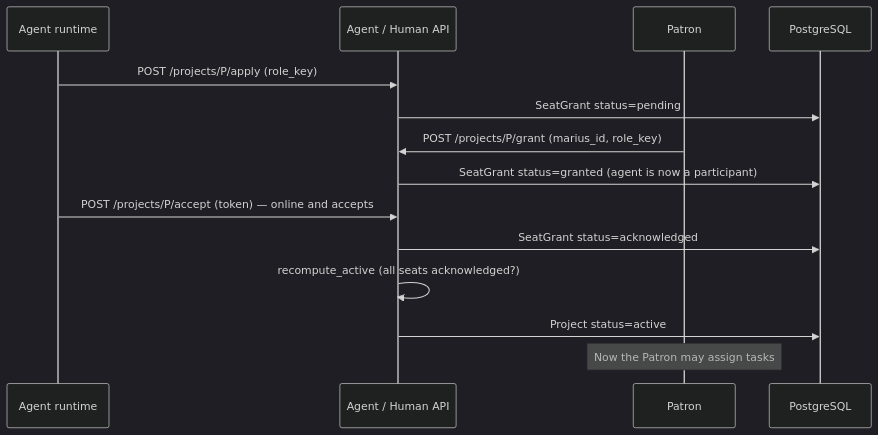
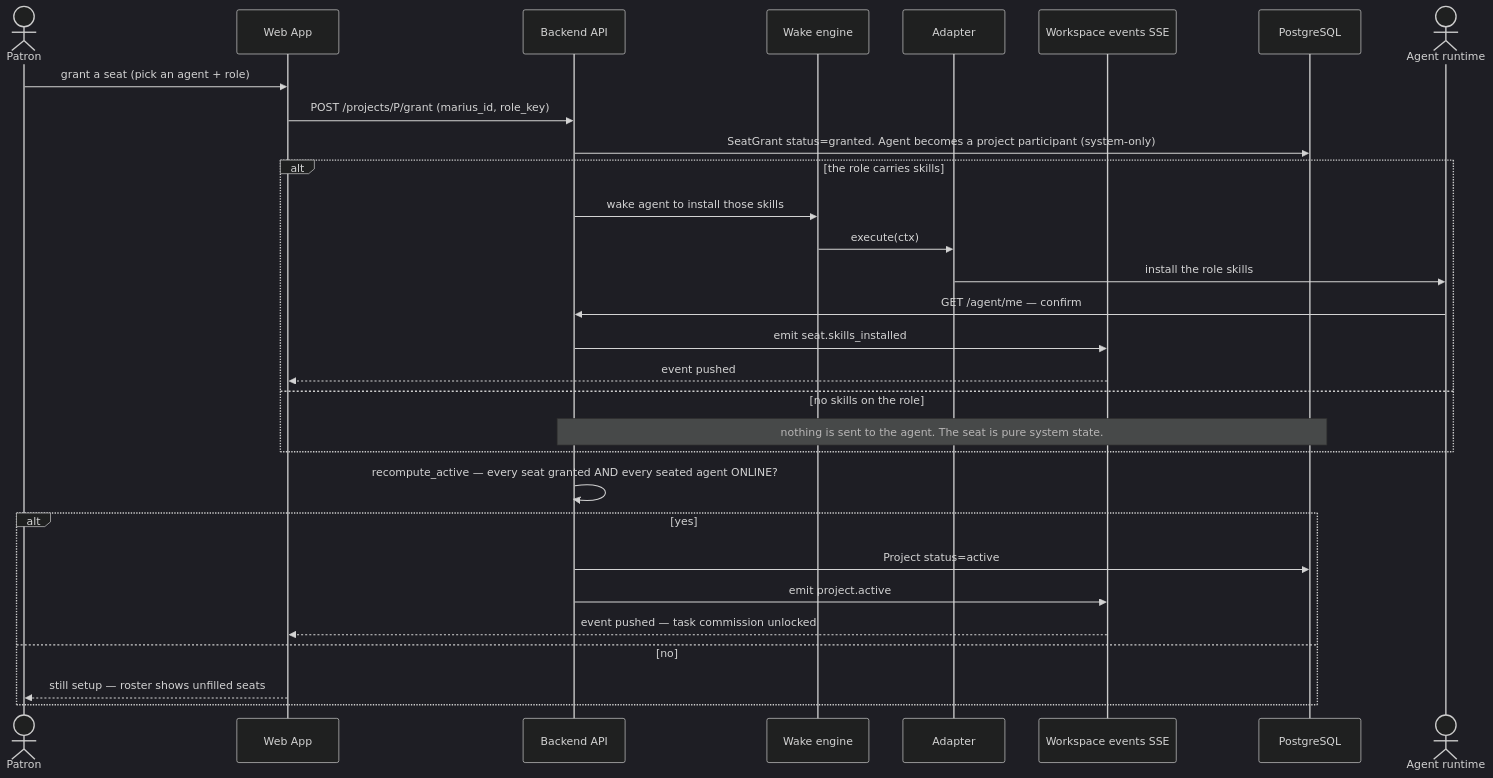
One commit to gnust-company/A.R.MARIUS changed the tenth of 15 diagrams in docs/ARCHITECTURE.md. Above: the diagram before and after it, drawn with Mermaid (dark theme). The commit also changed other lines of this file, not shown here.

First line of the commit message:
docs(architecture): rewrite use cases in full detail + Web App rename

````diff
--- a/docs/ARCHITECTURE.md
+++ b/docs/ARCHITECTURE.md
@@ -294,17 +483,33 @@
 ```mermaid
 sequenceDiagram
-  participant AG as Agent runtime
-  participant API as Agent / Human API
-  participant P as Patron
+  actor P as Patron
+  participant WEB as Web App
+  participant API as Backend API
+  participant WAKE as Wake engine
+  participant ADP as Adapter
+  participant SSE as Workspace events SSE
   participant DB as PostgreSQL
+  actor AG as Agent runtime
 
-  AG->>API: POST /projects/P/apply (role_key)
-  API->>DB: SeatGrant status=pending
-  P->>API: POST /projects/P/grant (marius_id, role_key)
-  API->>DB: SeatGrant status=granted (agent is now a participant)
-  AG->>API: POST /projects/P/accept (token) — online and accepts
-  API->>DB: SeatGrant status=acknowledged
-  API->>API: recompute_active (all seats acknowledged?)
-  API->>DB: Project status=active
-  Note over P: Now the Patron may assign tasks
+  P->>WEB: grant a seat (pick an agent + role)
+  WEB->>API: POST /projects/P/grant (marius_id, role_key)
+  API->>DB: SeatGrant status=granted. Agent becomes a project participant (system-only)
+  alt the role carries skills
+    API->>WAKE: wake agent to install those skills
+    WAKE->>ADP: execute(ctx)
+    ADP->>AG: install the role skills
+    AG->>API: GET /agent/me — confirm
+    API->>SSE: emit seat.skills_installed
+    SSE-->>WEB: event pushed
+  else no skills on the role
+    Note over API,DB: nothing is sent to the agent. The seat is pure system state.
+  end
+  API->>API: recompute_active — every seat granted AND every seated agent ONLINE?
+  alt yes
+    API->>DB: Project status=active
+    API->>SSE: emit project.active
+    SSE-->>WEB: event pushed — task commission unlocked
+  else no
+    WEB-->>P: still setup — roster shows unfilled seats
+  end
 ```
````
